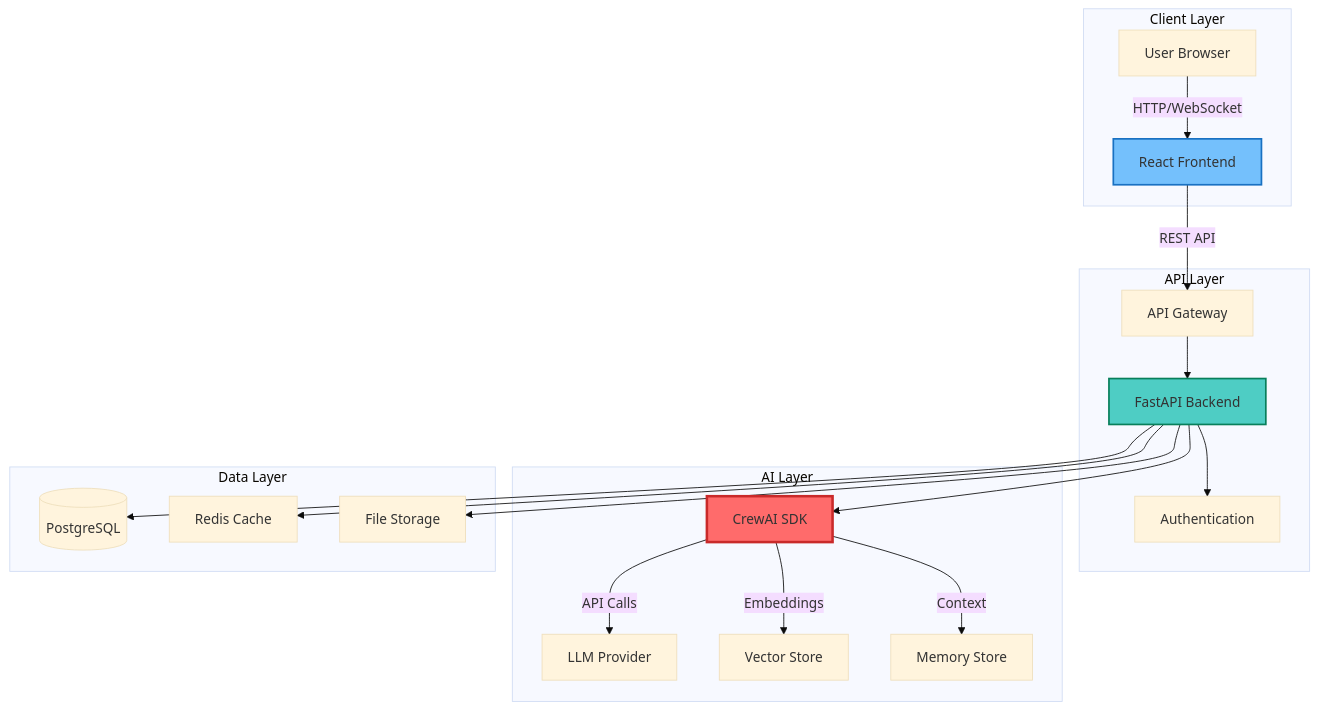
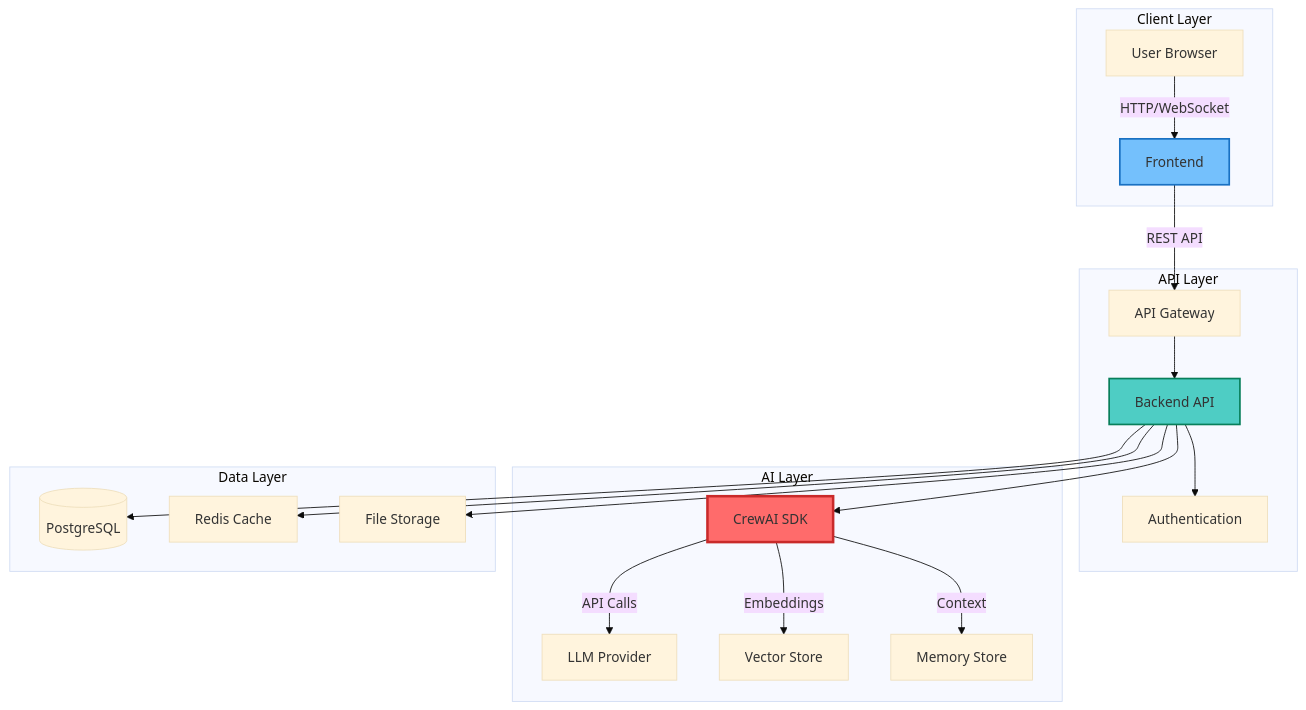
One commit to mk-knight23/AI-SDK-CREWAI changed the diagram in README.md. Above: the diagram before and after it, drawn with Mermaid (base theme). The commit also changed other lines of this file, not shown here.

````diff
--- a/README.md
+++ b/README.md
@@ -332,42 +321,42 @@
 ```mermaid
 graph TB
     subgraph "Client Layer"
         A[User Browser]
-        B[React Frontend]
+        B[Frontend]
     end
 
     subgraph "API Layer"
         C[API Gateway]
-        D[FastAPI Backend]
+        D[Backend API]
         E[Authentication]
     end
 
     subgraph "AI Layer"
         F[CrewAI SDK]
         G[LLM Provider]
         H[Vector Store]
         I[Memory Store]
     end
 
     subgraph "Data Layer"
         J[(PostgreSQL)]
         K[Redis Cache]
         L[File Storage]
     end
 
     A -->|HTTP/WebSocket| B
     B -->|REST API| C
     C --> D
     D --> E
     D --> F
     F -->|API Calls| G
     F -->|Embeddings| H
     F -->|Context| I
     D --> J
     D --> K
     D --> L
 
     style F fill:#ff6b6b,stroke:#c92a2a,stroke-width:3px
     style D fill:#4ecdc4,stroke:#087f5b,stroke-width:2px
     style B fill:#74c0fc,stroke:#1971c2,stroke-width:2px
 ```
````
